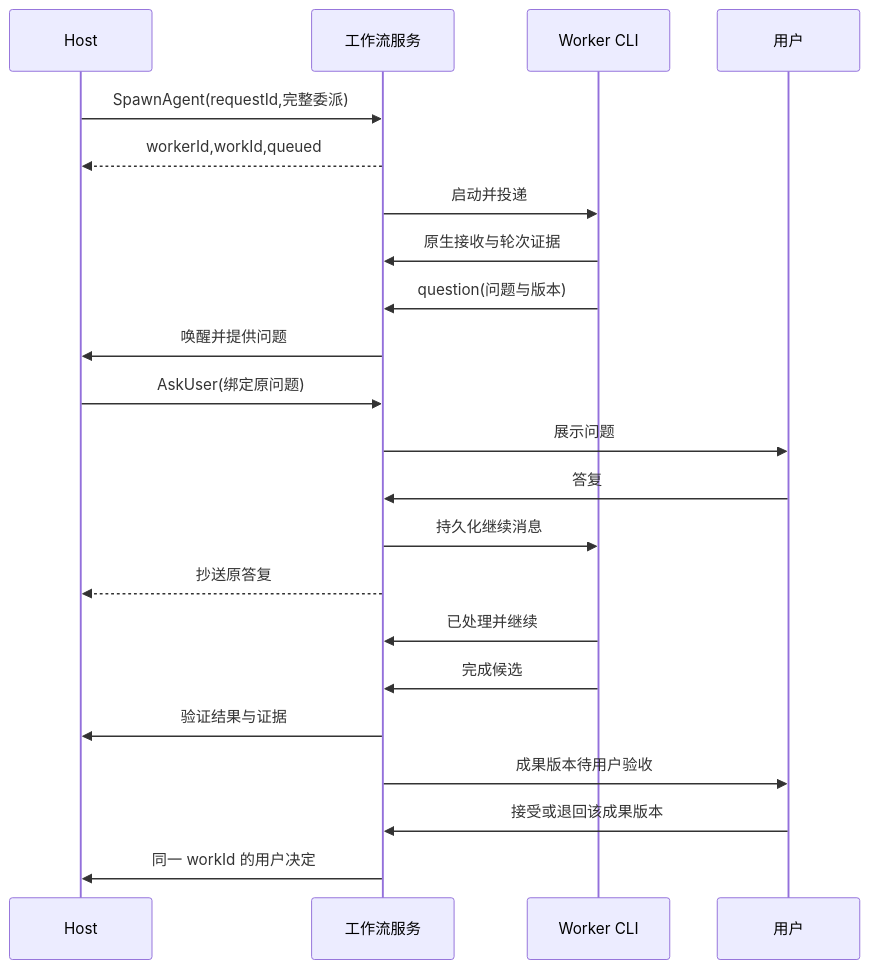
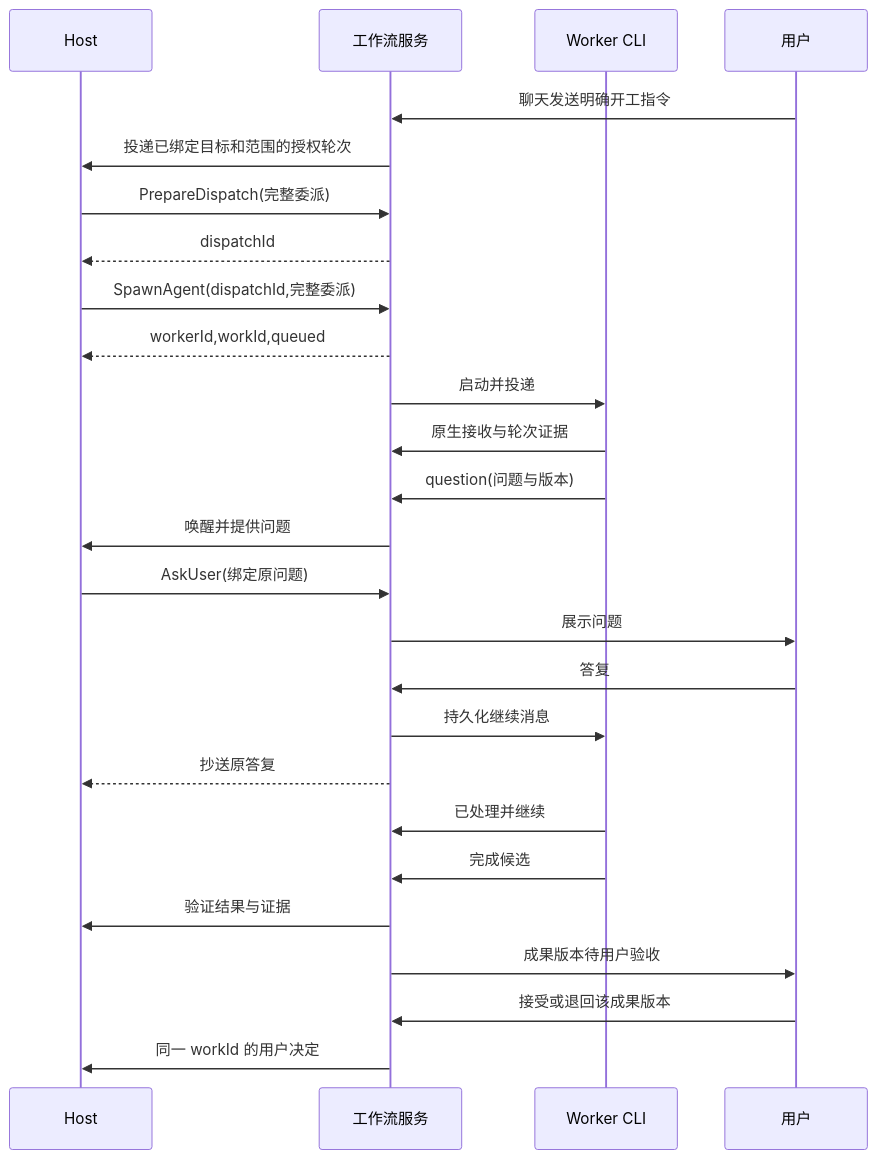
Before and after one commit to AhakeyAI/ahastation: the diagram in docs/plans/workflow-v1/03-host-and-messaging.md, drawn with Mermaid. The commit also changed other lines of this file and 8 other files, not shown here.

````diff
--- a/docs/plans/workflow-v1/03-host-and-messaging.md
+++ b/docs/plans/workflow-v1/03-host-and-messaging.md
@@ -99,24 +119,28 @@
 ```mermaid
 sequenceDiagram
   participant H as Host
   participant S as 工作流服务
   participant W as Worker CLI
   participant U as 用户
-  H->>S: SpawnAgent(requestId,完整委派)
+  U->>S: 聊天发送明确开工指令
+  S->>H: 投递已绑定目标和范围的授权轮次
+  H->>S: PrepareDispatch(完整委派)
+  S-->>H: dispatchId
+  H->>S: SpawnAgent(dispatchId,完整委派)
   S-->>H: workerId,workId,queued
   S->>W: 启动并投递
   W->>S: 原生接收与轮次证据
   W->>S: question(问题与版本)
   S->>H: 唤醒并提供问题
   H->>S: AskUser(绑定原问题)
   S->>U: 展示问题
   U->>S: 答复
   S->>W: 持久化继续消息
   S-->>H: 抄送原答复
   W->>S: 已处理并继续
   W->>S: 完成候选
   S->>H: 验证结果与证据
   S->>U: 成果版本待用户验收
   U->>S: 接受或退回该成果版本
   S->>H: 同一 workId 的用户决定
 ```
````
